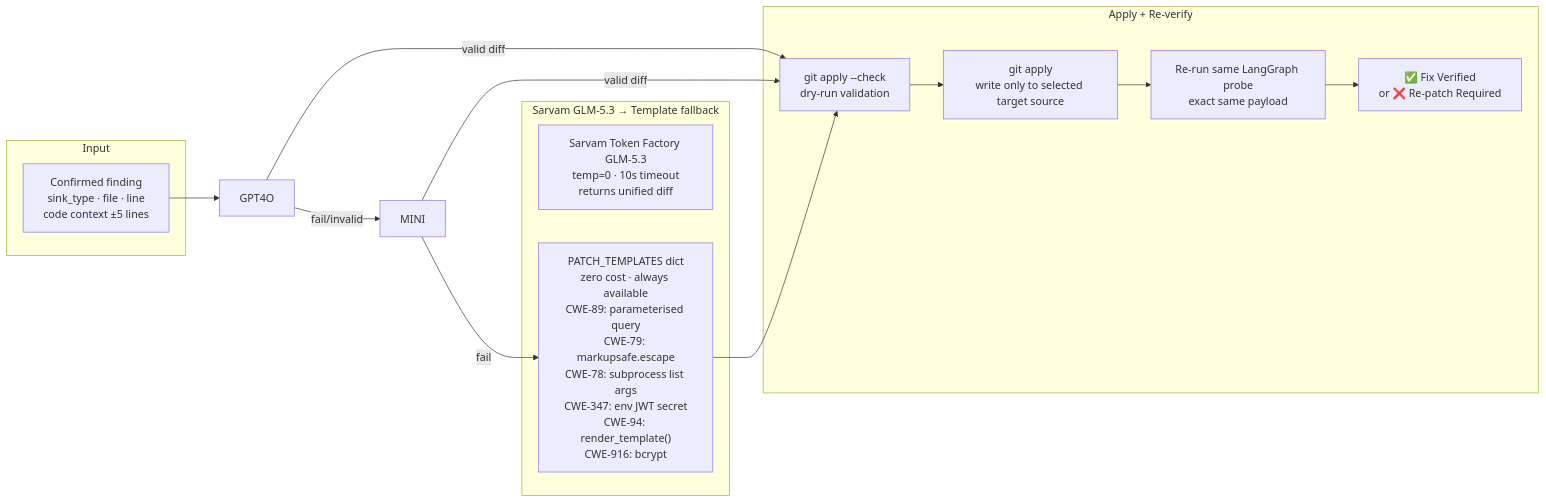
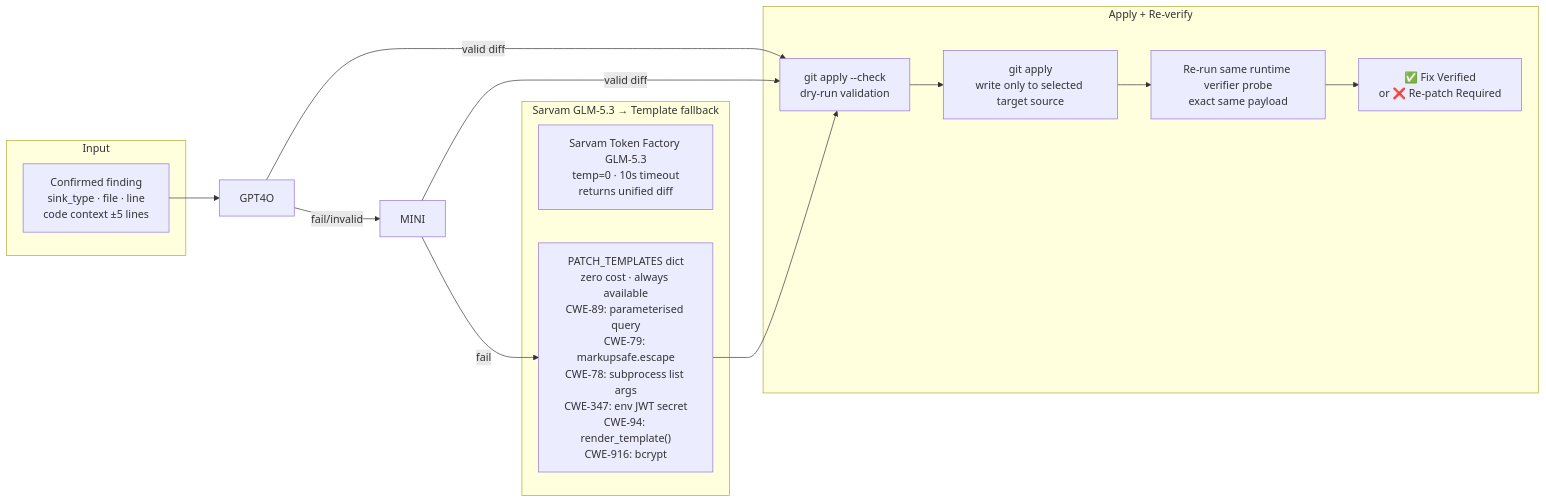
Before and after one commit to Halcyora/mitigata: diagram 12 of 25 in HACKATHON/docs/P06-Architecture.md, drawn with Mermaid. The commit also changed other lines of this file and 45 other files, not shown here.

````diff
--- a/HACKATHON/docs/P06-Architecture.md
+++ b/HACKATHON/docs/P06-Architecture.md
@@ -441,26 +441,26 @@
 ```mermaid
 flowchart LR
     subgraph INPUT["Input"]
         FIND["Confirmed finding\nsink_type · file · line\ncode context ±5 lines"]
     end
 
     subgraph CHAIN["Sarvam GLM-5.3 → Template fallback"]
         SARVAM["Sarvam Token Factory GLM-5.3\ntemp=0 · 10s timeout\nreturns unified diff"]
         TPL["PATCH_TEMPLATES dict\nzero cost · always available\nCWE-89: parameterised query\nCWE-79: markupsafe.escape\nCWE-78: subprocess list args\nCWE-347: env JWT secret\nCWE-94: render_template()\nCWE-916: bcrypt"]
     end
 
     subgraph APPLY["Apply + Re-verify"]
         CHECK["git apply --check\ndry-run validation"]
         APPLY2["git apply\nwrite only to selected target source"]
-        REVERIFY["Re-run same LangGraph probe\nexact same payload"]
+        REVERIFY["Re-run same runtime verifier probe\nexact same payload"]
         RESULT["✅ Fix Verified\nor ❌ Re-patch Required"]
     end
 
     FIND --> GPT4O
     GPT4O -->|valid diff| CHECK
     GPT4O -->|fail/invalid| MINI
     MINI -->|valid diff| CHECK
     MINI -->|fail| TPL
     TPL --> CHECK
     CHECK --> APPLY2 --> REVERIFY --> RESULT
 ```
````
